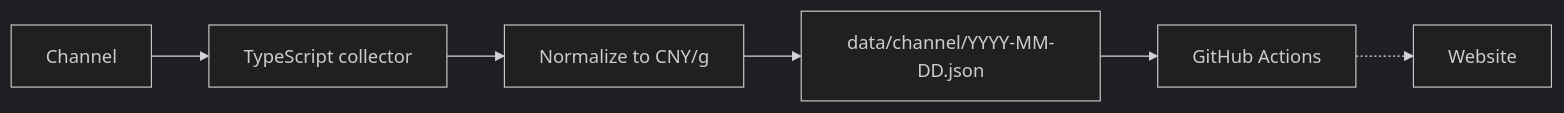
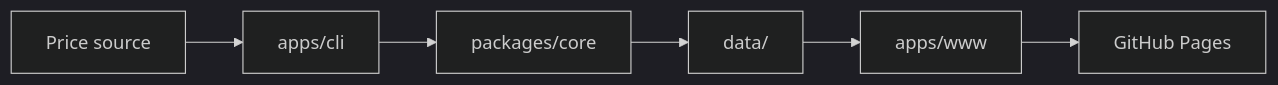
The diagram in README.md (yuler/golden-price), drawn with Mermaid (dark theme) before and after one commit. The commit also changed other lines of this file and 40 other files, not shown here.

Commit message:
♻️ [monorepo]: Restructure to monorepo and add apps/www (#1)

````diff
--- a/README.md
+++ b/README.md
@@ -7,8 +16,8 @@
 ```mermaid
 flowchart LR
-  C[Channel] --> TS[TypeScript collector]
-  TS --> N[Normalize to CNY/g]
-  N --> D[data/channel/YYYY-MM-DD.json]
-  D --> GA[GitHub Actions]
-  GA -.-> S[Website]
+  Source[Price source] --> Cli[apps/cli]
+  Cli --> Core[packages/core]
+  Core --> Data[data/]
+  Data --> Www[apps/www]
+  Www --> Pages[GitHub Pages]
 ```
````
